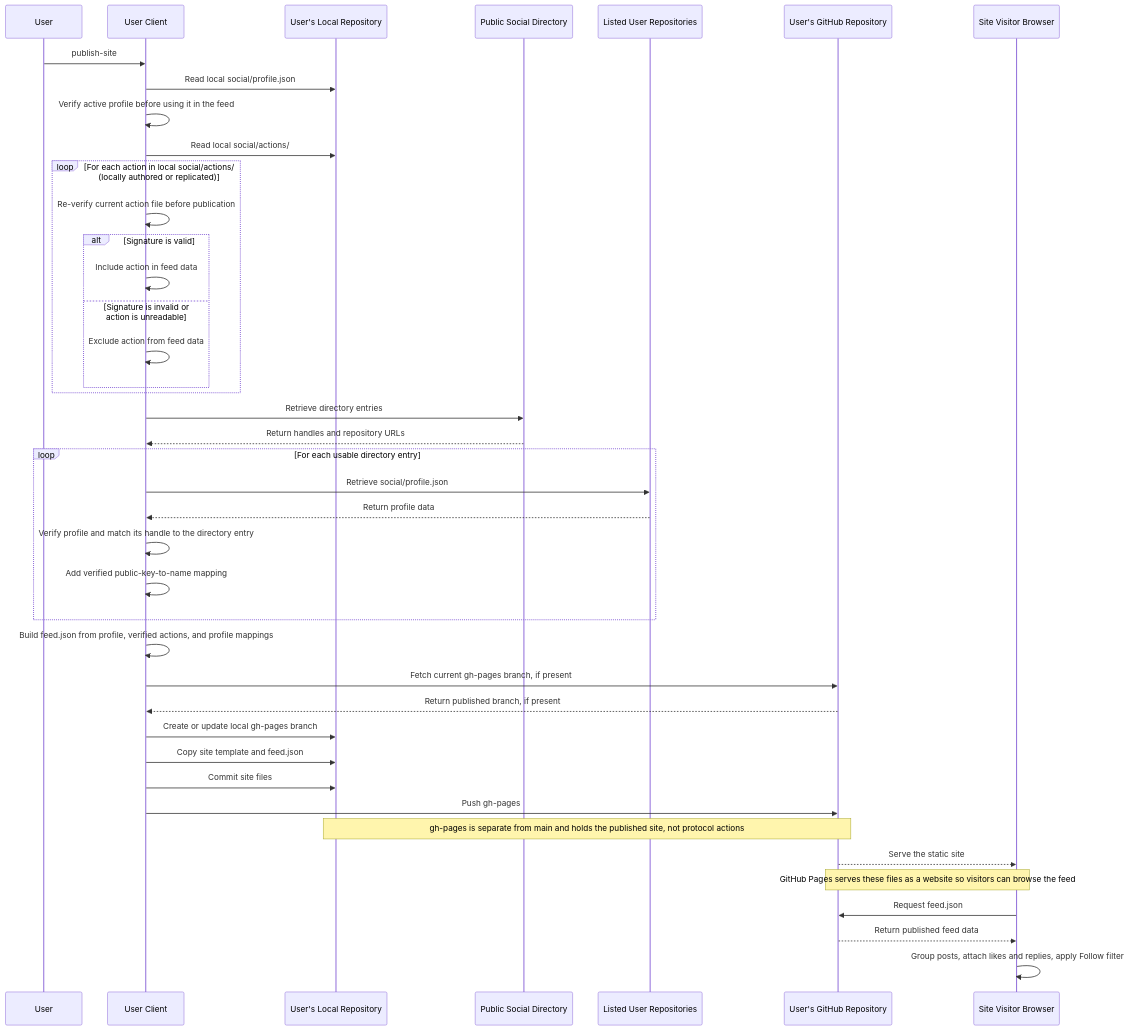
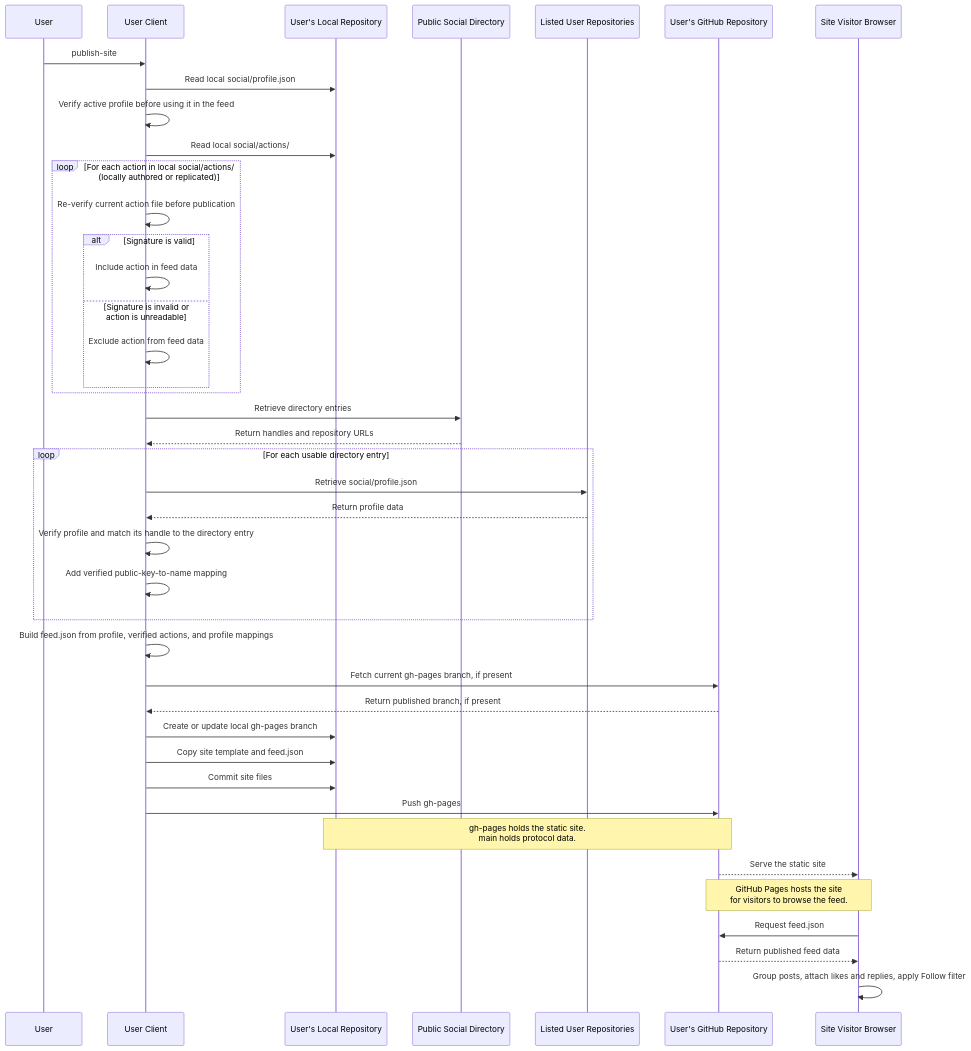
One commit to gargster/ELEC4712_Decentralised_Blog changed the seventh of 7 diagrams in latest_design.md. Above: the diagram before and after it, drawn with Mermaid. The commit also changed 4 other files, not shown here.

````diff
--- a/latest_design.md
+++ b/latest_design.md
@@ -252,48 +252,48 @@
 ```mermaid
 sequenceDiagram
     participant User
     participant Client as User Client
     participant Local as User's Local Repository
     participant Directory as Public Social Directory
     participant Profiles as Listed User Repositories
     participant GitHub as User's GitHub Repository
     participant Browser as Site Visitor Browser
 
     User->>Client: publish-site
     Client->>Local: Read local social/profile.json
     Client->>Client: Verify active profile before using it in the feed
     Client->>Local: Read local social/actions/
 
     loop For each action in local social/actions/ (locally authored or replicated)
         Client->>Client: Re-verify current action file before publication
         alt Signature is valid
             Client->>Client: Include action in feed data
         else Signature is invalid or action is unreadable
             Client->>Client: Exclude action from feed data
         end
     end
 
     Client->>Directory: Retrieve directory entries
     Directory-->>Client: Return handles and repository URLs
 
     loop For each usable directory entry
         Client->>Profiles: Retrieve social/profile.json
         Profiles-->>Client: Return profile data
         Client->>Client: Verify profile and match its handle to the directory entry
         Client->>Client: Add verified public-key-to-name mapping
     end
 
     Client->>Client: Build feed.json from profile, verified actions, and profile mappings
     Client->>GitHub: Fetch current gh-pages branch, if present
     GitHub-->>Client: Return published branch, if present
     Client->>Local: Create or update local gh-pages branch
     Client->>Local: Copy site template and feed.json
     Client->>Local: Commit site files
     Client->>GitHub: Push gh-pages
-    Note over Local,GitHub: gh-pages is separate from main and holds the published site, not protocol actions
+    Note over Local,GitHub: gh-pages holds the static site.<br/>main holds protocol data.
     GitHub-->>Browser: Serve the static site
-    Note over GitHub,Browser: GitHub Pages serves these files as a website so visitors can browse the feed
+    Note over GitHub,Browser: GitHub Pages hosts the site<br/>for visitors to browse the feed.
     Browser->>GitHub: Request feed.json
     GitHub-->>Browser: Return published feed data
     Browser->>Browser: Group posts, attach likes and replies, apply Follow filter
 ```
````
